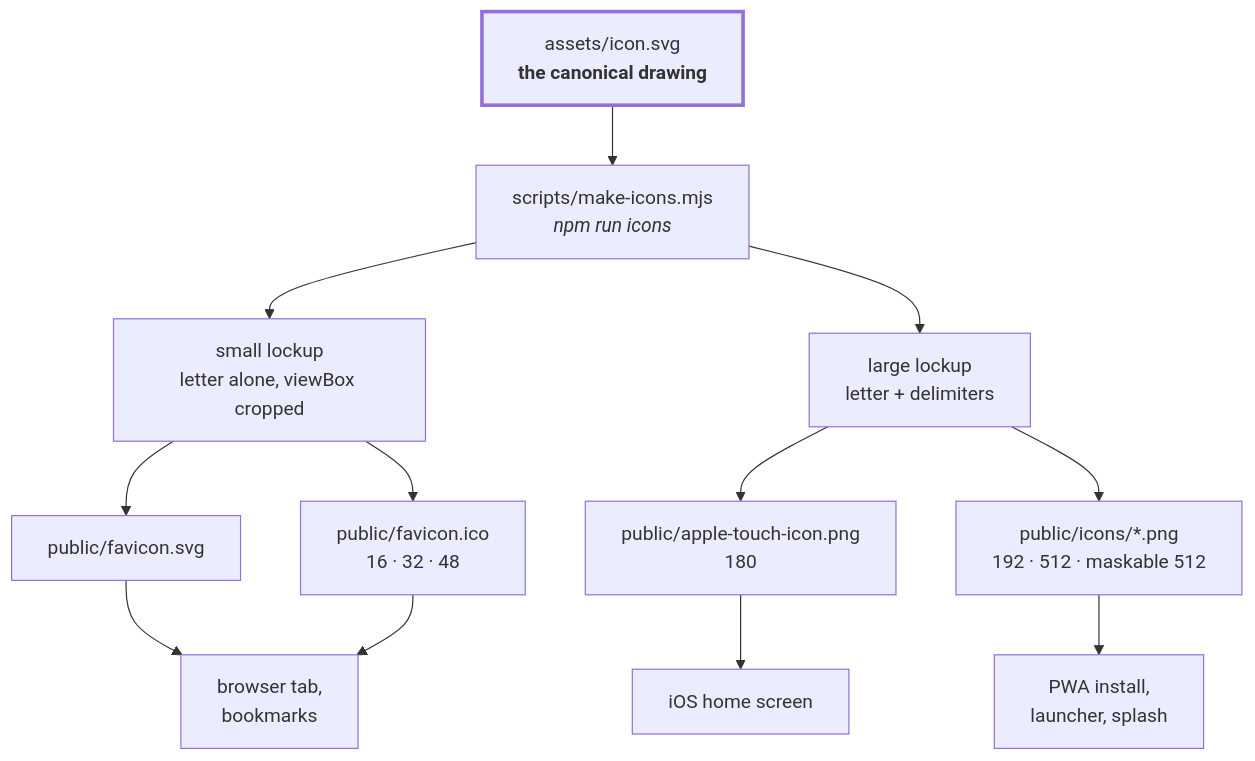
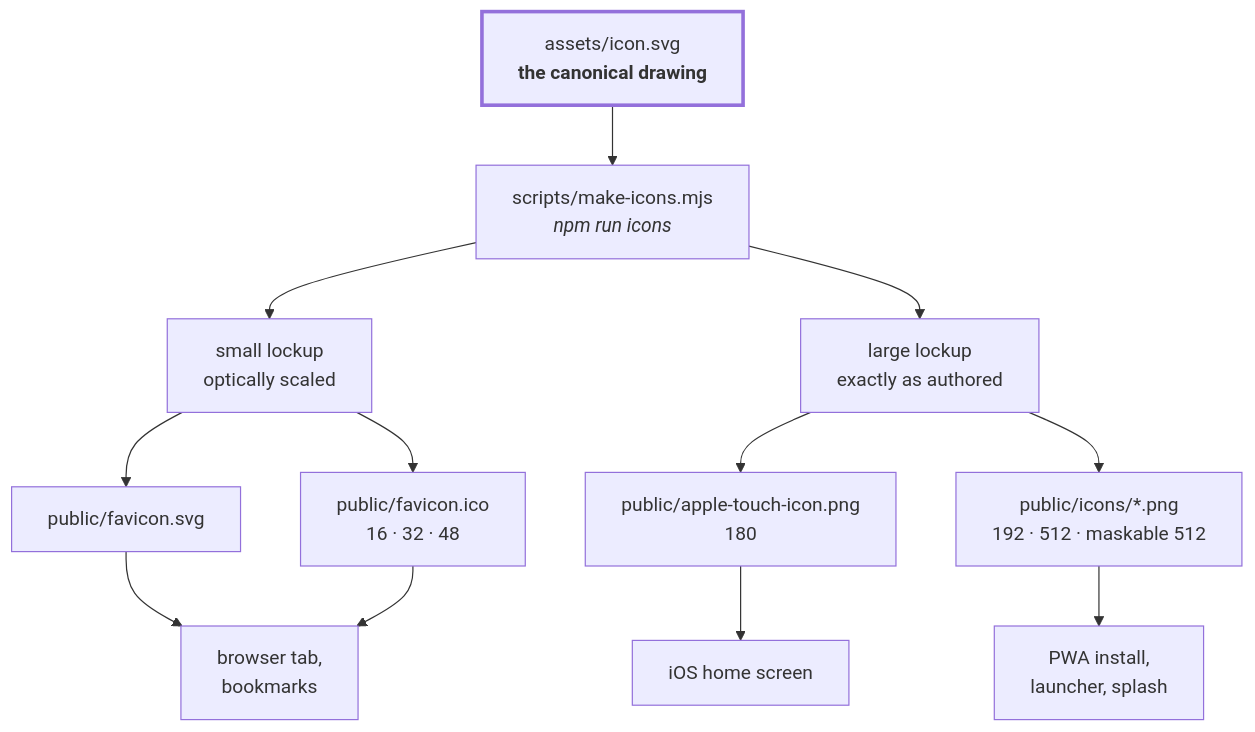
One commit to theunknown107/syntaxlab changed the eighth of 8 diagrams in docs/09_DESIGN_SYSTEM.md. Above: the diagram before and after it, drawn with Mermaid. The commit also changed other lines of this file and 11 other files, not shown here.

````diff
--- a/docs/09_DESIGN_SYSTEM.md
+++ b/docs/09_DESIGN_SYSTEM.md
@@ -883,26 +900,26 @@
 ```mermaid
 flowchart TD
     SRC["assets/icon.svg<br/><b>the canonical drawing</b>"]
     GEN["scripts/make-icons.mjs<br/><i>npm run icons</i>"]
 
-    SMALL["small lockup<br/>letter alone, viewBox cropped"]
-    LARGE["large lockup<br/>letter + delimiters"]
+    SMALL["small lockup<br/>optically scaled"]
+    LARGE["large lockup<br/>exactly as authored"]
 
     SVG["public/favicon.svg"]
     ICO["public/favicon.ico<br/>16 · 32 · 48"]
     APPLE["public/apple-touch-icon.png<br/>180"]
     PWA["public/icons/*.png<br/>192 · 512 · maskable 512"]
 
     TAB["browser tab,<br/>bookmarks"]
     HOME["iOS home screen"]
     INSTALL["PWA install,<br/>launcher, splash"]
 
     SRC --> GEN
     GEN --> SMALL --> SVG --> TAB
     SMALL --> ICO --> TAB
     GEN --> LARGE --> APPLE --> HOME
     LARGE --> PWA --> INSTALL
 
     classDef source stroke-width:3px
     class SRC source
 ```
````
